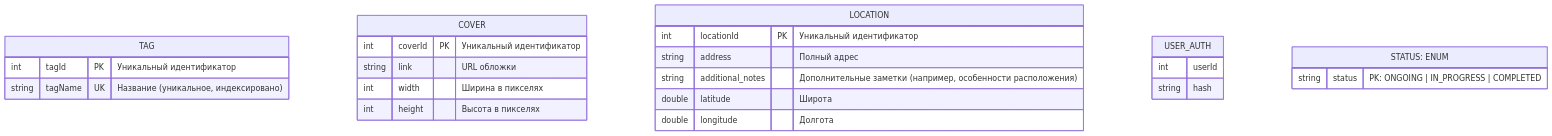
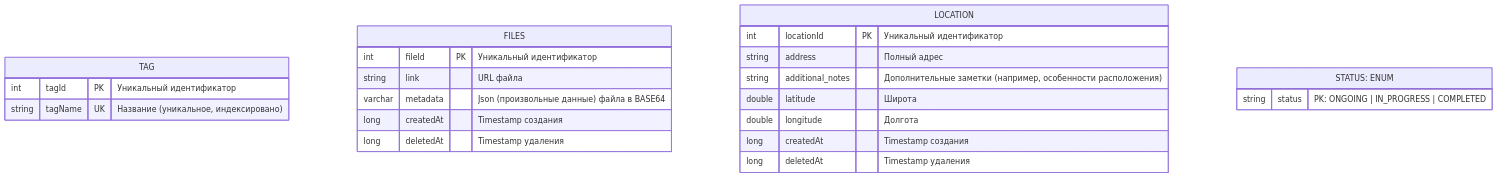
The second of 3 diagrams in documentation/architecture/erd.md (ADT-VOLUNTEERS-CASE/.github), drawn with Mermaid before and after one commit. The commit also changed other lines of this file, not shown here.

First line of the commit message:
ERD 1.1 version (#6)

````diff
--- a/documentation/architecture/erd.md
+++ b/documentation/architecture/erd.md
@@ -71,31 +67,31 @@
 ```mermaid
 erDiagram
     TAG {
         int tagId PK "Уникальный идентификатор"
         string tagName UK "Название (уникальное, индексировано)"
     }
 
-    COVER {
-        int coverId PK "Уникальный идентификатор"
-        string link "URL обложки"
-        int width "Ширина в пикселях"
-        int height "Высота в пикселях"
+    FILES {
+        int fileId PK "Уникальный идентификатор"
+        string link "URL файла"
+        varchar metadata "Json (произвольные данные) файла в BASE64"
+
+       long createdAt "Timestamp создания"
+       long deletedAt "Timestamp удаления"
     }
 
     LOCATION {
         int locationId PK "Уникальный идентификатор"
         string address "Полный адрес"
         string additional_notes "Дополнительные заметки (например, особенности расположения)"
         double latitude "Широта"
         double longitude "Долгота"
-    }
-    
-    USER_AUTH {
-        int userId
-        string hash
+
+       long createdAt "Timestamp создания"
+       long deletedAt "Timestamp удаления"
     }
 
     STATUS["STATUS: ENUM"] {
         string status "PK: ONGOING | IN_PROGRESS | COMPLETED"
     }
 ```
````
